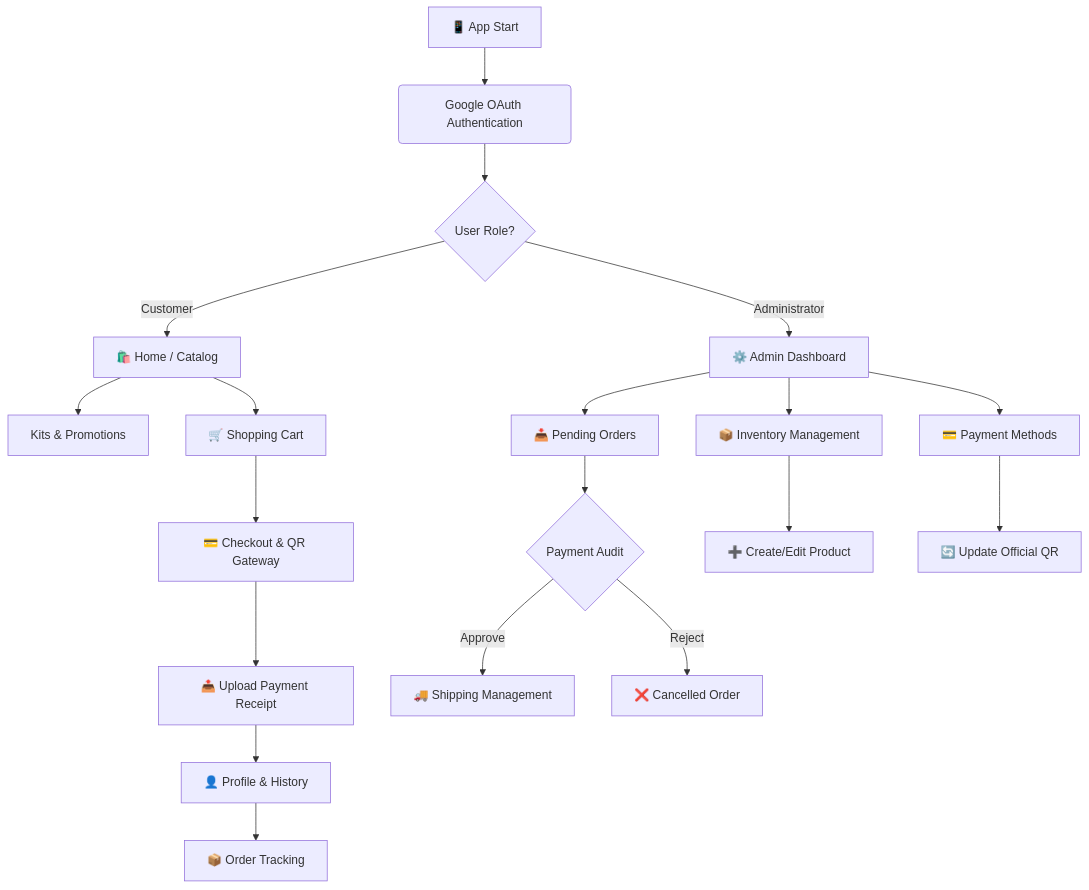
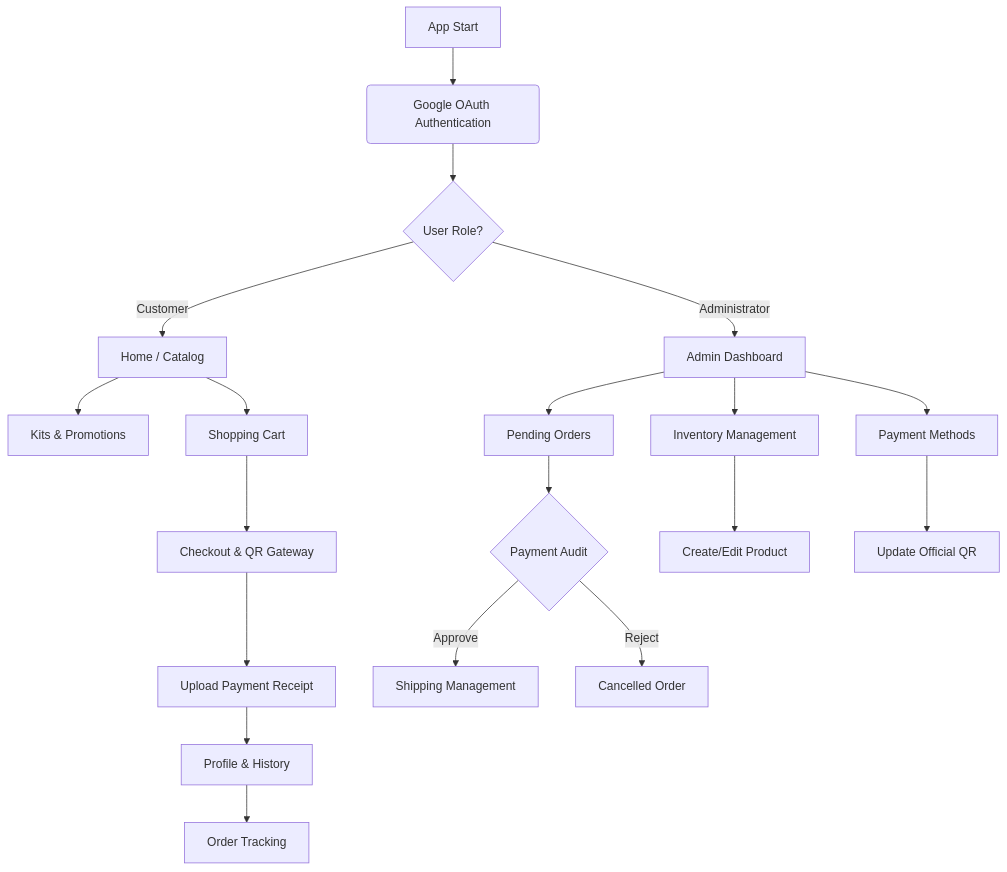
One commit to JastinBolanos/E-Commerce-KMP changed the diagram in README.md. Above: the diagram before and after it, drawn with Mermaid. The commit also changed other lines of this file, not shown here.

````diff
--- a/README.md
+++ b/README.md
@@ -109,27 +109,27 @@
 ```mermaid
 graph TD
-    A[📱 App Start] --> B(Google OAuth Authentication)
+    A[ App Start] --> B(Google OAuth Authentication)
     B --> C{User Role?}
     
     %% Customer Flow (B2C)
-    C -->|Customer| D[🛍️ Home / Catalog]
+    C -->|Customer| D[ Home / Catalog]
     D --> E[Kits & Promotions]
-    D --> F[🛒 Shopping Cart]
-    F --> G[💳 Checkout & QR Gateway]
-    G --> H[📤 Upload Payment Receipt]
-    H --> I[👤 Profile & History]
-    I --> J[📦 Order Tracking]
+    D --> F[ Shopping Cart]
+    F --> G[ Checkout & QR Gateway]
+    G --> H[ Upload Payment Receipt]
+    H --> I[ Profile & History]
+    I --> J[ Order Tracking]
     
     %% Admin Flow (B2B)
-    C -->|Administrator| K[⚙️ Admin Dashboard]
-    K --> L[📥 Pending Orders]
+    C -->|Administrator| K[ Admin Dashboard]
+    K --> L[ Pending Orders]
     L --> M{Payment Audit}
-    M -->|Approve| N[🚚 Shipping Management]
-    M -->|Reject| O[❌ Cancelled Order]
+    M -->|Approve| N[ Shipping Management]
+    M -->|Reject| O[ Cancelled Order]
     
-    K --> P[📦 Inventory Management]
-    P --> Q[➕ Create/Edit Product]
+    K --> P[ Inventory Management]
+    P --> Q[ Create/Edit Product]
     
-    K --> R[💳 Payment Methods]
-    R --> S[🔄 Update Official QR]
+    K --> R[ Payment Methods]
+    R --> S[ Update Official QR]
 ```
````
